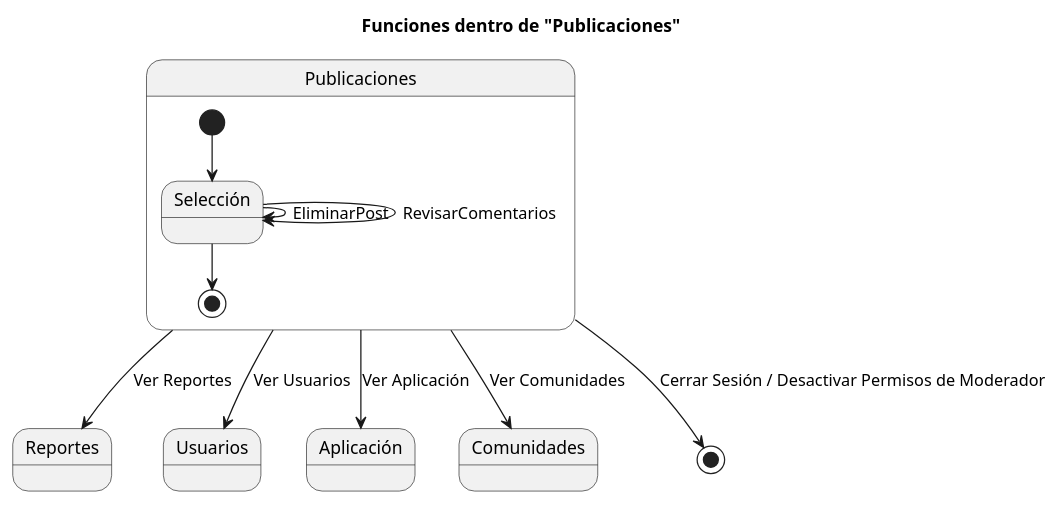
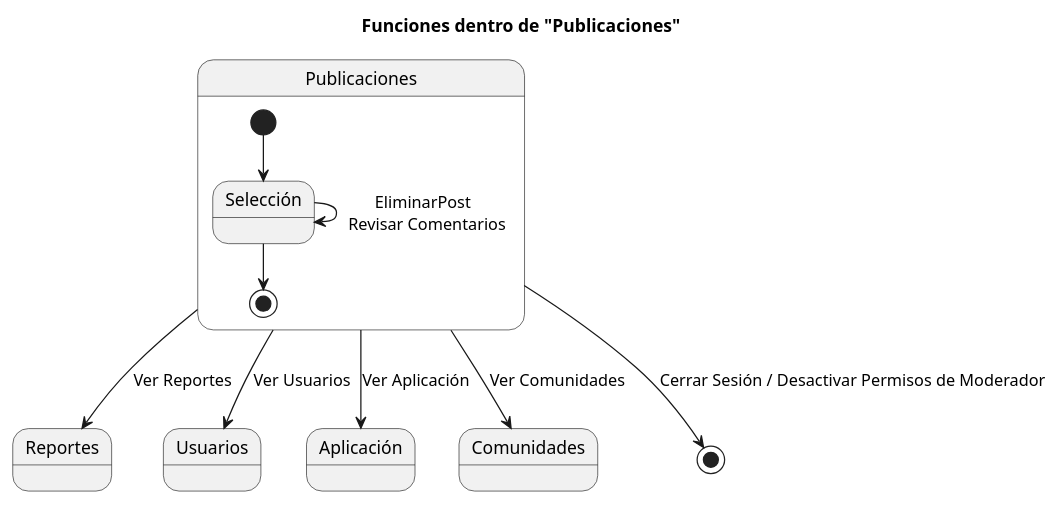
Before and after one commit to miguelgomez75/24-25-IdSw1-SDR: the diagram in CdU/DdContexto_Mod/7ª_Iteración/DdContexto_Mod(Publicaciones).puml, drawn with PlantUML.

```diff
--- a/CdU/DdContexto_Mod/7ª_Iteración/DdContexto_Mod(Publicaciones).puml
+++ b/CdU/DdContexto_Mod/7ª_Iteración/DdContexto_Mod(Publicaciones).puml
@@ -1,16 +1,15 @@
 @startuml
 title Funciones dentro de "Publicaciones"
 
 state Publicaciones {
   [*] --> Selección
-  Selección --> Selección : EliminarPost
-  Selección --> Selección : RevisarComentarios
+  Selección --> Selección : EliminarPost \n Revisar Comentarios
   Selección --> [*]
 }
 
 Publicaciones --> Reportes : Ver Reportes
 Publicaciones --> Usuarios : Ver Usuarios
 Publicaciones --> Aplicación : Ver Aplicación
 Publicaciones --> Comunidades : Ver Comunidades
 Publicaciones --> [*] : Cerrar Sesión / Desactivar Permisos de Moderador
 @enduml
```
